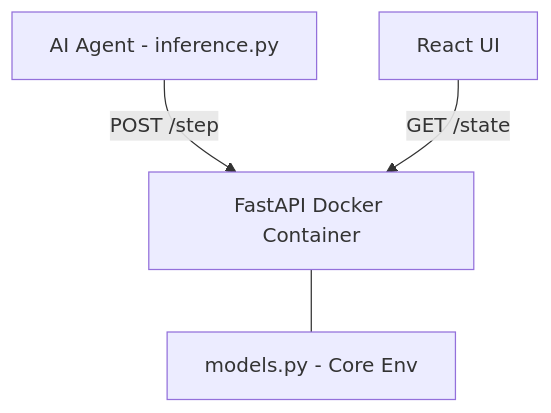
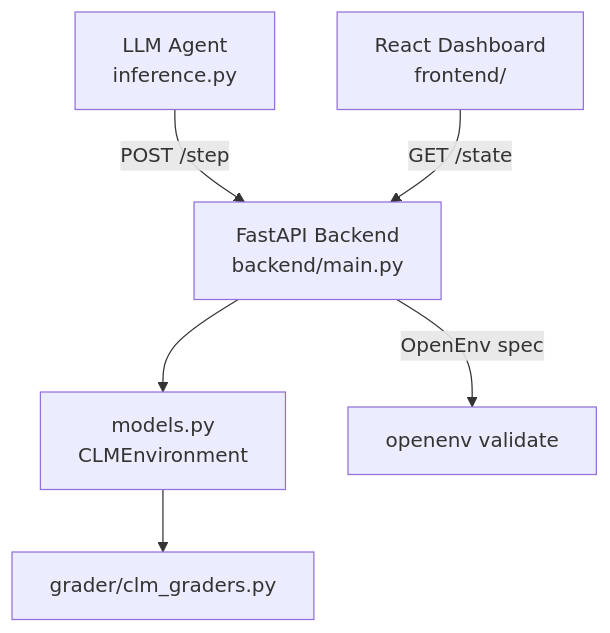
The diagram in README.md (soumiguria/cognitive-load-manager), drawn with Mermaid before and after one commit. The commit also changed other lines of this file and 5 other files, not shown here.

````diff
--- a/README.md
+++ b/README.md
@@ -84,6 +171,8 @@
 ```mermaid
 graph TD
-    Agent[AI Agent - inference.py] -->|POST /step| Backend[FastAPI Docker Container]
-    Backend --- Models[models.py - Core Env]
-    Frontend[React UI] -->|GET /state| Backend
+    Agent[LLM Agent<br/>inference.py] -->|POST /step| API[FastAPI Backend<br/>backend/main.py]
+    API --> Core[models.py<br/>CLMEnvironment]
+    Core --> Grader[grader/clm_graders.py]
+    Dashboard[React Dashboard<br/>frontend/] -->|GET /state| API
+    API -->|OpenEnv spec| OE[openenv validate]
 ```
````
